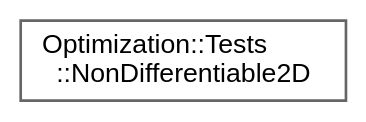
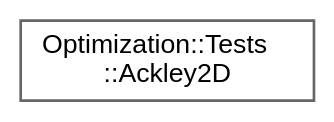
Before and after one commit to jswoo0615/Algorithms_for_Optimization_cpp: the diagram in inherit_graph_64.dot, drawn with Graphviz. The commit also changed 80 other files, not shown here.

```diff
--- a/inherit_graph_64.dot
+++ b/inherit_graph_64.dot
@@ -1,9 +1,9 @@
 digraph "Graphical Class Hierarchy"
 {
  // LATEX_PDF_SIZE
   bgcolor="transparent";
   edge [fontname=Helvetica,fontsize=10,labelfontname=Helvetica,labelfontsize=10];
   node [fontname=Helvetica,fontsize=10,shape=box,height=0.2,width=0.4];
   rankdir="LR";
-  Node0 [id="Node000000",label="Optimization::Tests\l::NonDifferentiable2D",height=0.2,width=0.4,color="grey40", fillcolor="white", style="filled",URL="$structOptimization_1_1Tests_1_1NonDifferentiable2D.html",tooltip="미분 불가능한 2차원 목적 함수 (Non-differentiable Function) f(x) = |x_1| + 2 * |x_2 - 1.0| 전역 최적점: x* = [0...."];
+  Node0 [id="Node000000",label="Optimization::Tests\l::Ackley2D",height=0.2,width=0.4,color="grey40", fillcolor="white", style="filled",URL="$structOptimization_1_1Tests_1_1Ackley2D.html",tooltip=" "];
 }
```
